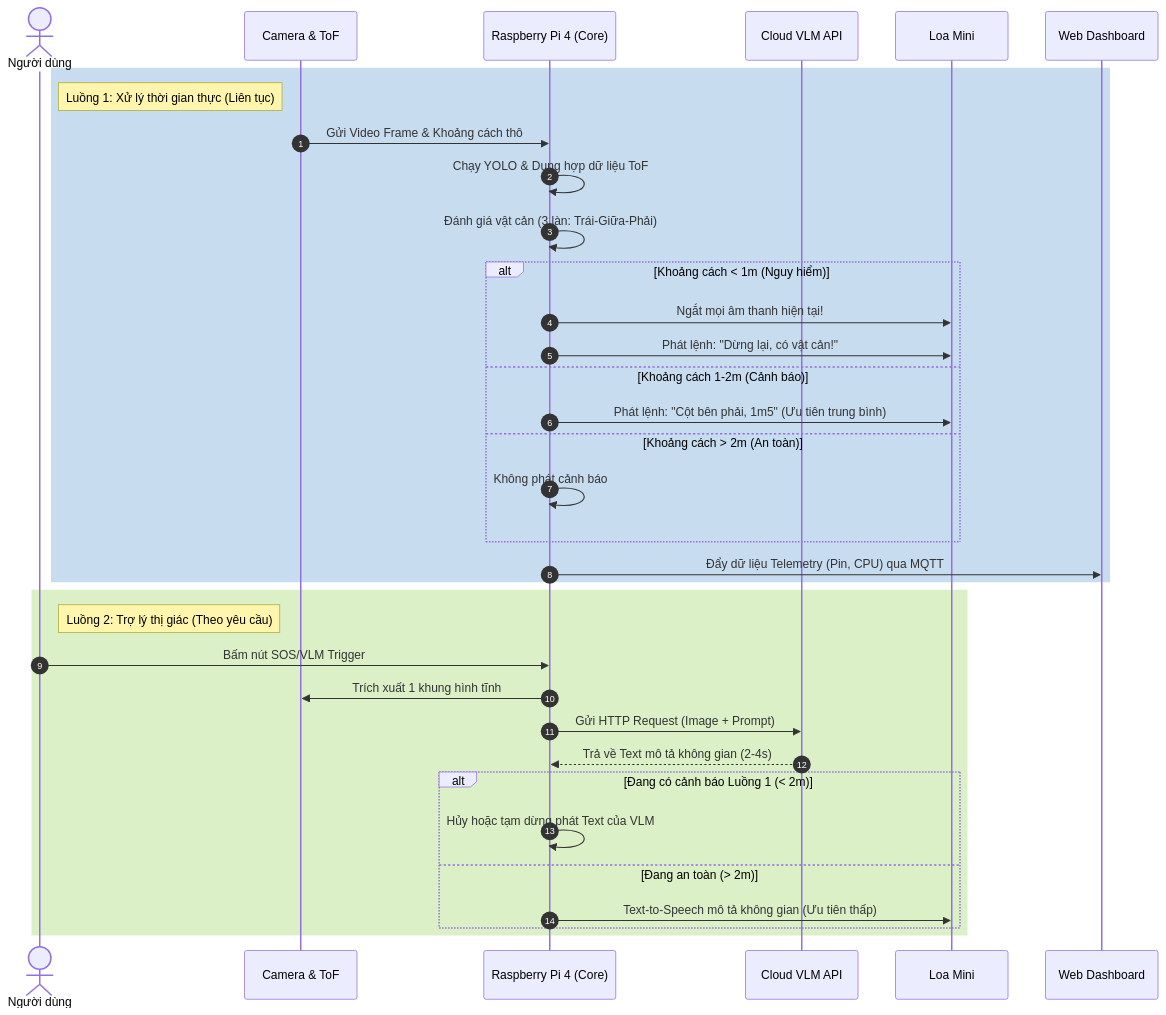
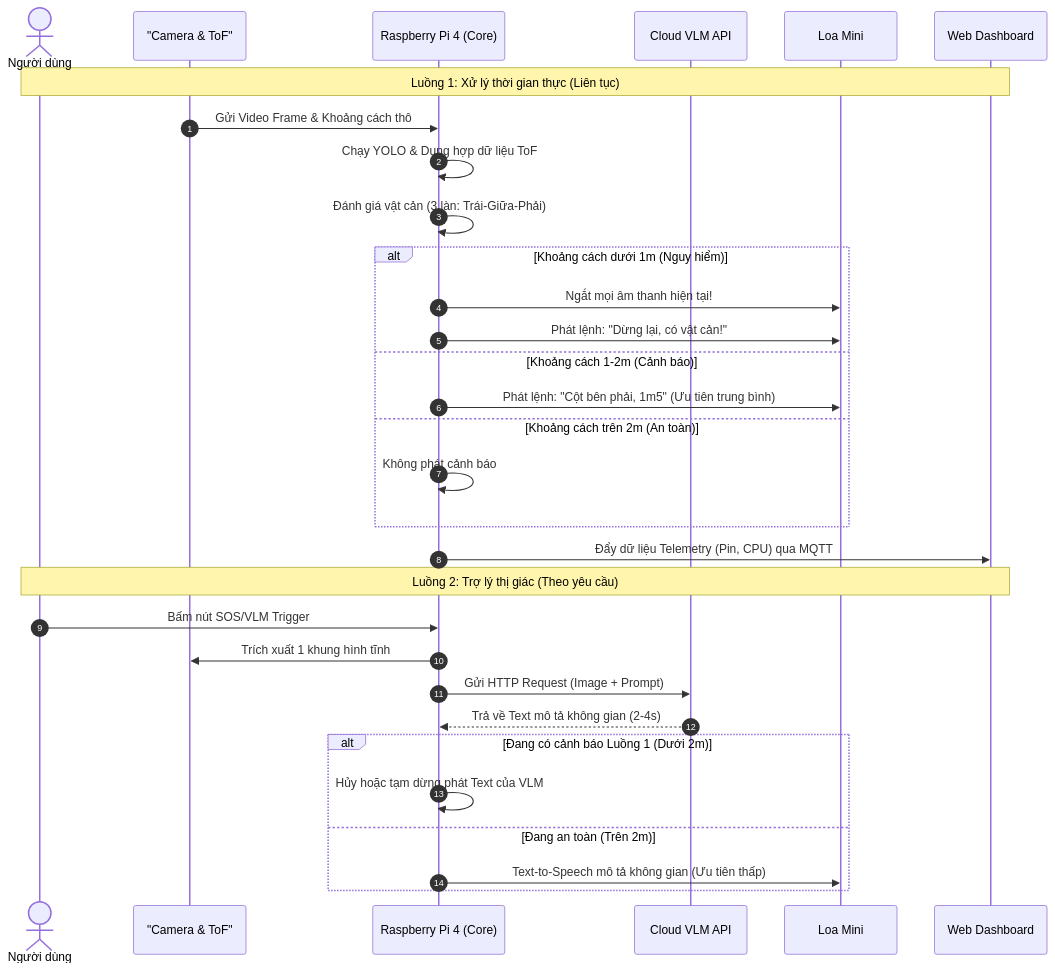
One commit to meowmeow-uwu/blind-navigation changed the diagram in README.md. Above: the diagram before and after it, drawn with Mermaid. The commit also changed 1 other file, not shown here.

Commit message:
adjust readme.md

````diff
--- a/README.md
+++ b/README.md
@@ -23,41 +23,38 @@
 ```mermaid
 sequenceDiagram
     autonumber
     actor User as Người dùng
-    participant Sensor as Camera & ToF
+    participant Sensor as "Camera & ToF"
     participant RPi as Raspberry Pi 4 (Core)
     participant VLM as Cloud VLM API
     participant Audio as Loa Mini
     participant Web as Web Dashboard
 
-    rect rgb(200, 220, 240)
-    Note right of User: Luồng 1: Xử lý thời gian thực (Liên tục)
+    Note over User, Web: Luồng 1: Xử lý thời gian thực (Liên tục)
     Sensor->>RPi: Gửi Video Frame & Khoảng cách thô
     RPi->>RPi: Chạy YOLO & Dung hợp dữ liệu ToF
     RPi->>RPi: Đánh giá vật cản (3 làn: Trái-Giữa-Phải)
     
-    alt Khoảng cách < 1m (Nguy hiểm)
+    alt Khoảng cách dưới 1m (Nguy hiểm)
         RPi->>Audio: Ngắt mọi âm thanh hiện tại!
         RPi->>Audio: Phát lệnh: "Dừng lại, có vật cản!"
     else Khoảng cách 1-2m (Cảnh báo)
         RPi->>Audio: Phát lệnh: "Cột bên phải, 1m5" (Ưu tiên trung bình)
-    else Khoảng cách > 2m (An toàn)
+    else Khoảng cách trên 2m (An toàn)
         RPi->>RPi: Không phát cảnh báo
     end
     RPi->>Web: Đẩy dữ liệu Telemetry (Pin, CPU) qua MQTT
-    end
 
-    rect rgb(220, 240, 200)
-    Note right of User: Luồng 2: Trợ lý thị giác (Theo yêu cầu)
+    Note over User, Web: Luồng 2: Trợ lý thị giác (Theo yêu cầu)
     User->>RPi: Bấm nút SOS/VLM Trigger
     RPi->>Sensor: Trích xuất 1 khung hình tĩnh
     RPi->>VLM: Gửi HTTP Request (Image + Prompt)
     VLM-->>RPi: Trả về Text mô tả không gian (2-4s)
     
-    alt Đang có cảnh báo Luồng 1 (< 2m)
+    alt Đang có cảnh báo Luồng 1 (Dưới 2m)
         RPi->>RPi: Hủy hoặc tạm dừng phát Text của VLM
-    else Đang an toàn (> 2m)
+    else Đang an toàn (Trên 2m)
         RPi->>Audio: Text-to-Speech mô tả không gian (Ưu tiên thấp)
     end
-    end
+
 ```
````
